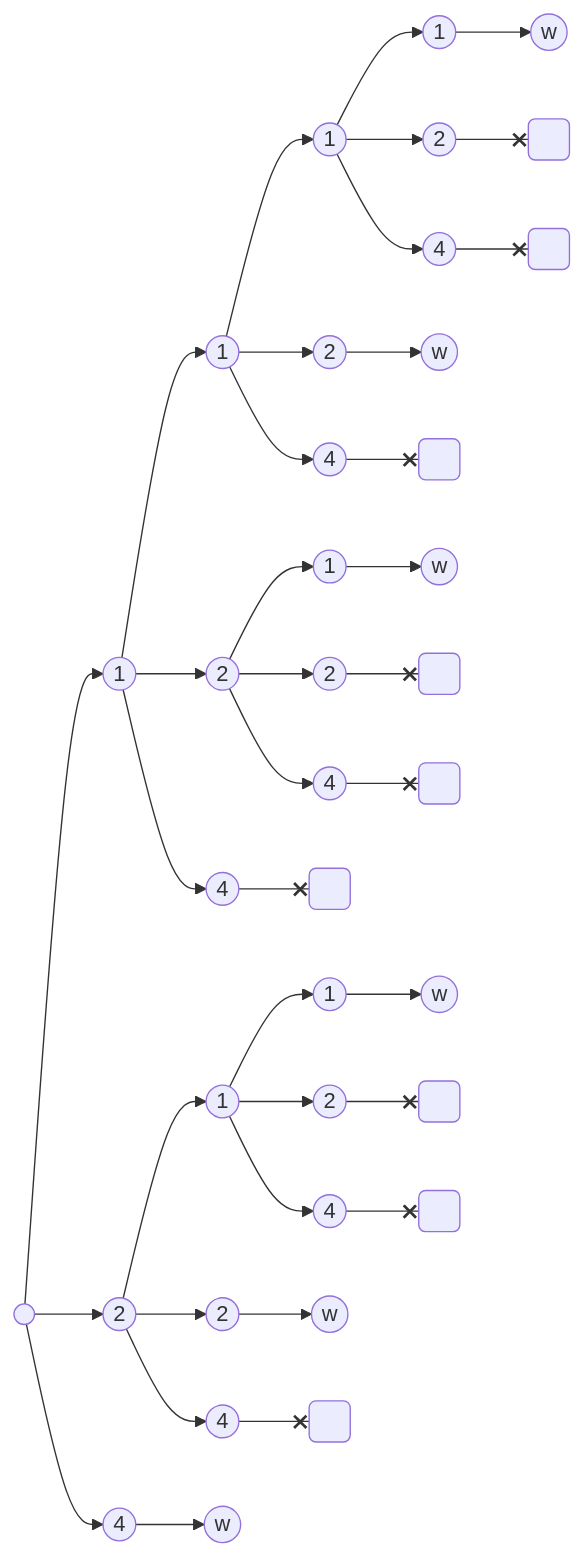
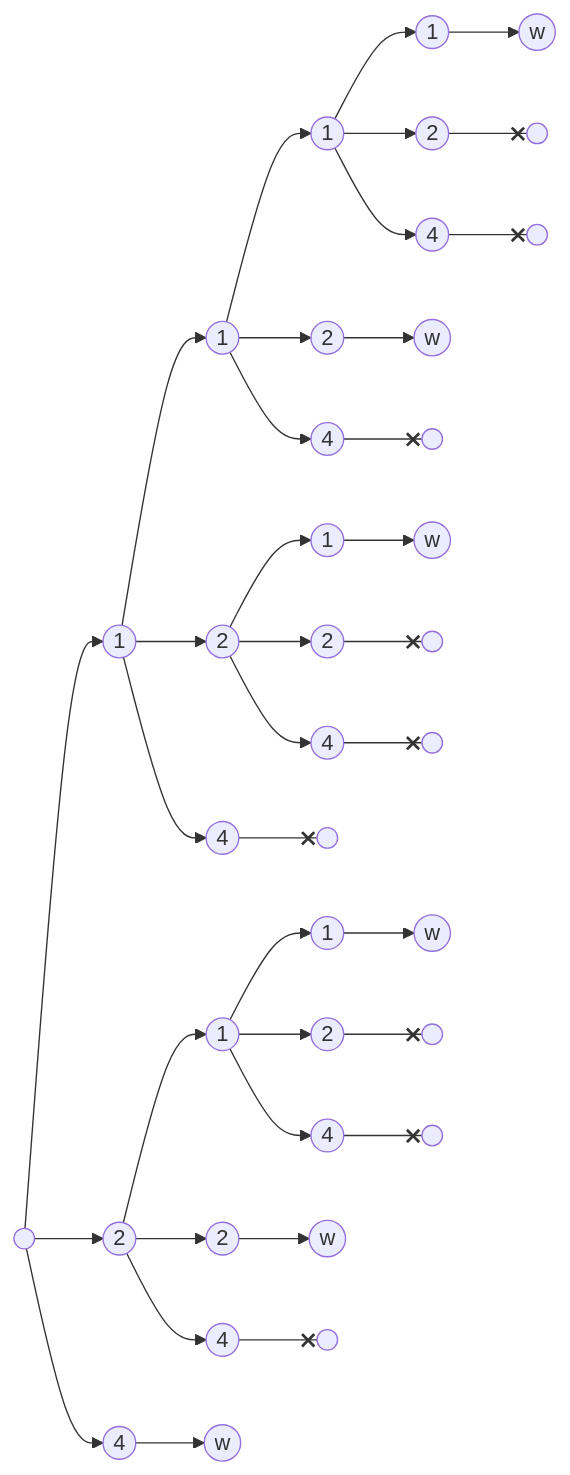
The fourth of 5 diagrams in README.md (innin-jam/bwinf25), drawn with Mermaid before and after one commit. The commit also changed other lines of this file, not shown here.

````diff
--- a/README.md
+++ b/README.md
@@ -105,25 +104,25 @@
 ```mermaid
 flowchart LR
     a(( )) --> 1((1)) & 2((2)) & 4((4))
     1 --> 1.1((1)) & 1.2((2)) & 1.4((4))
     2 --> 2.1((1)) & 2.2((2)) & 2.4((4))
     4 --> 4.exit((w))
     1.1 --> 1.1.1((1)) & 1.1.2((2)) & 1.1.4((4))
     1.2 --> 1.2.1((1)) & 1.2.2((2)) & 1.2.4((4))
-    1.4 --x 1.4.exit( )
+    1.4 --x 1.4.exit(( ))
     2.1 --> 2.1.1((1)) & 2.1.2((2)) & 2.1.4((4))
     2.2 --> 2.2.exit((w))
-    2.4 --x 2.4.exit( )
+    2.4 --x 2.4.exit(( ))
     1.1.1 --> 1.1.1.1((1)) & 1.1.1.2((2)) & 1.1.1.4((4))
     1.1.2 --> 1.1.2.exit((w))
-    1.1.4 --x 1.1.4.exit( )
+    1.1.4 --x 1.1.4.exit(( ))
     1.2.1 --> 1.2.1.exit((w))
-    1.2.2 --x 1.2.2.exit( )
-    1.2.4 --x 1.2.4.exit( )
+    1.2.2 --x 1.2.2.exit(( ))
+    1.2.4 --x 1.2.4.exit(( ))
     2.1.1 --> 2.1.1.exit((w))
-    2.1.2 --x 2.1.2.exit( )
-    2.1.4 --x 2.1.4.exit( )
+    2.1.2 --x 2.1.2.exit(( ))
+    2.1.4 --x 2.1.4.exit(( ))
     1.1.1.1 --> 1.1.1.1.exit((w))
-    1.1.1.2 --x 1.1.1.2.exit( )
-    1.1.1.4 --x 1.1.1.4.exit( )
+    1.1.1.2 --x 1.1.1.2.exit(( ))
+    1.1.1.4 --x 1.1.1.4.exit(( ))
 ```
````
